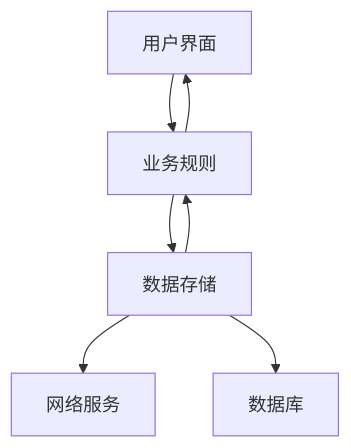
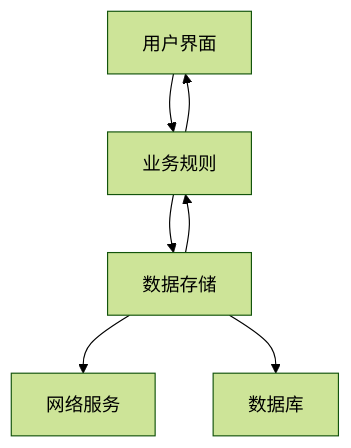
The second of 2 diagrams in _posts/2024-07-24-Software-Architect-Intro.md (WJRye/wjrye.github.io), drawn with Mermaid before and after one commit. The commit also changed other lines of this file and 1 other file, not shown here.

Commit message:
fix: mermaid 图显示不出来问题

````diff
--- a/_posts/2024-07-24-Software-Architect-Intro.md
+++ b/_posts/2024-07-24-Software-Architect-Intro.md
@@ -209,9 +207,10 @@
-<div class="mermaid">
-graph TD;
-    A[用户界面] --> B[业务规则];
-    B --> A;
-    B --> C[数据存储];
-    C --> D[网络服务];
-    C --> E[数据库];
-    C --> B;
-</div>
+```mermaid
+%%{ init : { "theme": "forest" } }%%
+graph TD
+    A[用户界面] --> B[业务规则]
+    B --> A
+    B --> C[数据存储]
+    C --> D[网络服务]
+    C --> E[数据库]
+    C --> B
+```
````
